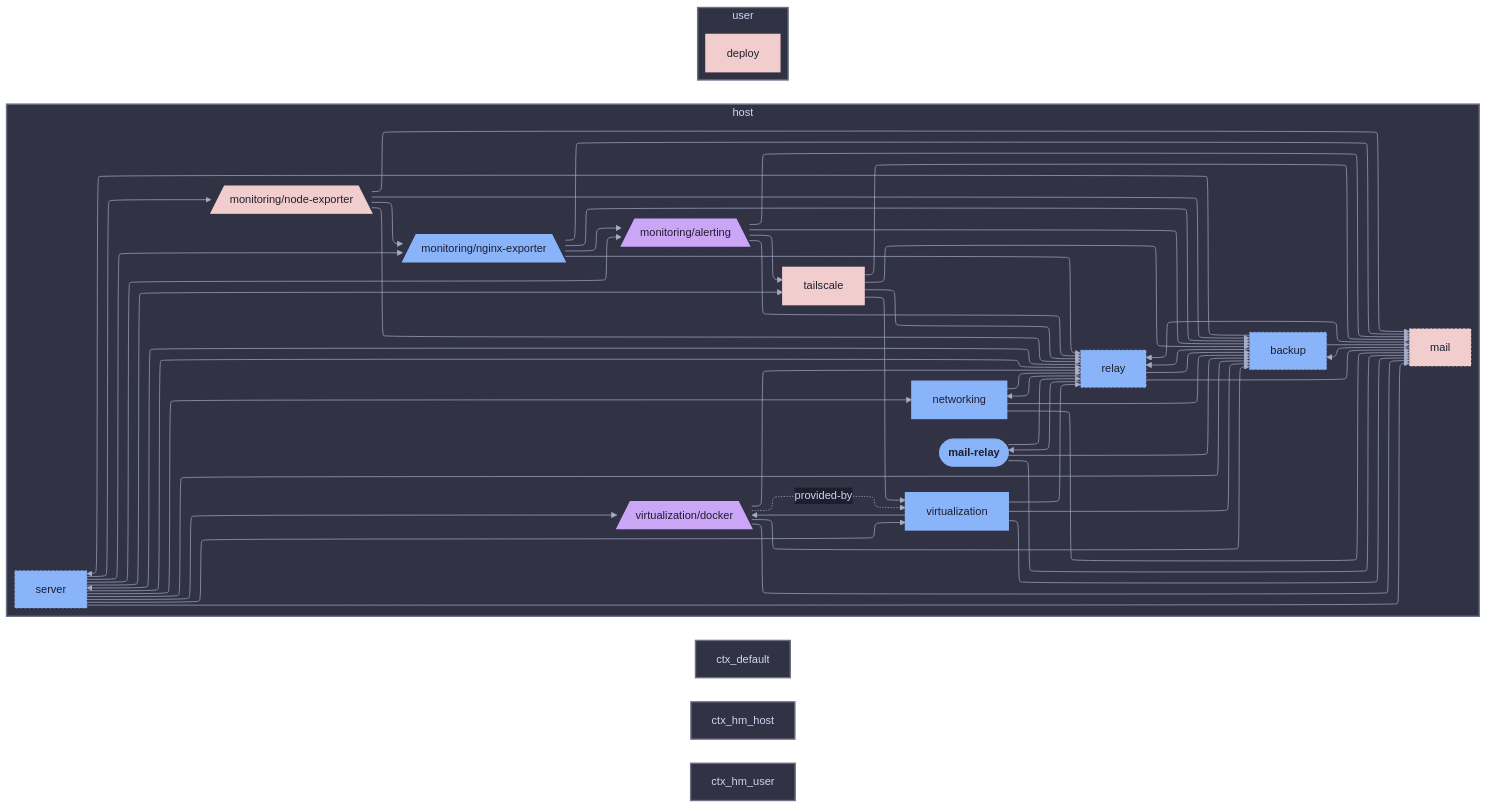
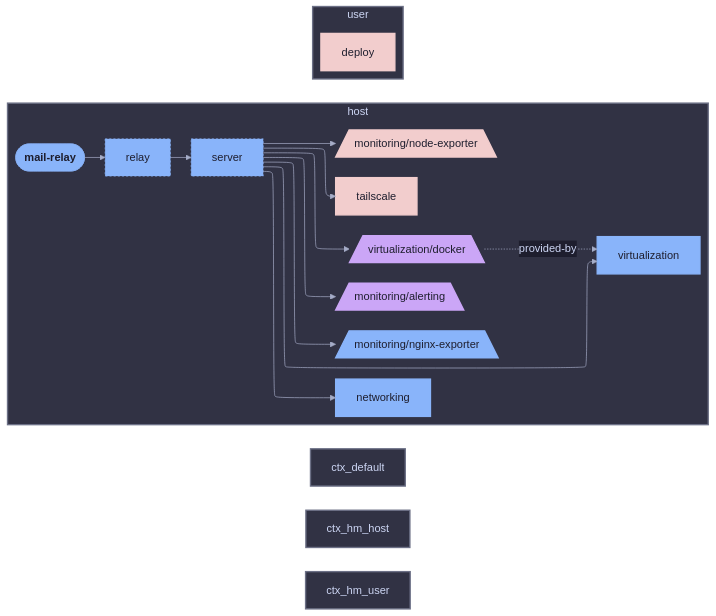
Before and after one commit to sini/den: the diagram in templates/diag-fx-demo/diagrams/mail-relay-class-nixos.md, drawn with Mermaid. The commit also changed 849 other files, not shown here.

Commit message:
chore: update fx diagrams

```diff
--- a/templates/diag-fx-demo/diagrams/mail-relay-class-nixos.md
+++ b/templates/diag-fx-demo/diagrams/mail-relay-class-nixos.md
@@ -9,9 +9,7 @@
 
   subgraph ctx_host["host"]
   monitoring__alerting[/"monitoring/alerting"\]:::monitoring__alerting_c
-  backup["backup"]:::backup_c
   virtualization__docker[/"virtualization/docker"\]:::virtualization__docker_c
-  mail["mail"]:::mail_c
   networking["networking"]:::networking_c
   monitoring__nginx_exporter[/"monitoring/nginx-exporter"\]:::monitoring__nginx_exporter_c
   monitoring__node_exporter[/"monitoring/node-exporter"\]:::monitoring__node_exporter_c
@@ -19,45 +17,7 @@
   server["server"]:::server_c
   tailscale["tailscale"]:::tailscale_c
   virtualization["virtualization"]:::virtualization_c
-  backup --> mail
-  backup --> relay
-  backup --> server
-  mail --> backup
-  mail_relay --> backup
-  monitoring__alerting --> backup
-  monitoring__nginx_exporter --> backup
-  monitoring__node_exporter --> backup
-  networking --> backup
-  relay --> backup
-  server --> backup
-  tailscale --> backup
-  virtualization --> backup
-  virtualization__docker --> backup
-  mail_relay --> mail
-  monitoring__alerting --> mail
-  monitoring__nginx_exporter --> mail
-  monitoring__node_exporter --> mail
-  networking --> mail
-  relay --> mail
-  server --> mail
-  tailscale --> mail
-  virtualization --> mail
-  virtualization__docker --> mail
-  mail --> relay
   mail_relay --> relay
-  monitoring__alerting --> relay
-  monitoring__nginx_exporter --> relay
-  monitoring__node_exporter --> relay
-  networking --> relay
-  server --> relay
-  tailscale --> relay
-  virtualization --> relay
-  virtualization__docker --> relay
-  monitoring__alerting --> tailscale
-  monitoring__nginx_exporter --> monitoring__alerting
-  monitoring__node_exporter --> monitoring__nginx_exporter
-  relay --> mail_relay
-  relay --> networking
   relay --> server
   server --> monitoring__alerting
   server --> virtualization__docker
@@ -66,8 +26,6 @@
   server --> monitoring__node_exporter
   server --> tailscale
   server --> virtualization
-  tailscale --> virtualization
-  virtualization --> virtualization__docker
   virtualization__docker -.->|provided-by| virtualization
   end
   subgraph ctx_user["user"]
@@ -78,11 +36,9 @@
 
   classDef root fill:#89b4fa,stroke:#89b4fa,color:#1e1e2e,font-weight:bold
   classDef monitoring__alerting_c fill:#cba6f7,stroke:#cba6f7,color:#1e1e2e,stroke-width:2px
-  classDef backup_c fill:#89b4fa,stroke:#89b4fa,color:#1e1e2e,stroke-dasharray: 3 3,stroke-width:1px
   classDef deploy_c fill:#f2cdcd,stroke:#f2cdcd,color:#1e1e2e,stroke-width:2px
   classDef virtualization__docker_c fill:#cba6f7,stroke:#cba6f7,color:#1e1e2e,stroke-width:2px
-  classDef mail_c fill:#f2cdcd,stroke:#f2cdcd,color:#1e1e2e,stroke-dasharray: 3 3,stroke-width:1px
-  classDef mail_relay_c fill:#cba6f7,stroke:#cba6f7,color:#1e1e2e,stroke-width:3px
+  classDef mail_relay_c fill:#cba6f7,stroke:#cba6f7,color:#1e1e2e,stroke-width:2px
   classDef networking_c fill:#89b4fa,stroke:#89b4fa,color:#1e1e2e,stroke-width:2px
   classDef monitoring__nginx_exporter_c fill:#89b4fa,stroke:#89b4fa,color:#1e1e2e,stroke-width:2px
   classDef monitoring__node_exporter_c fill:#f2cdcd,stroke:#f2cdcd,color:#1e1e2e,stroke-width:2px
```
